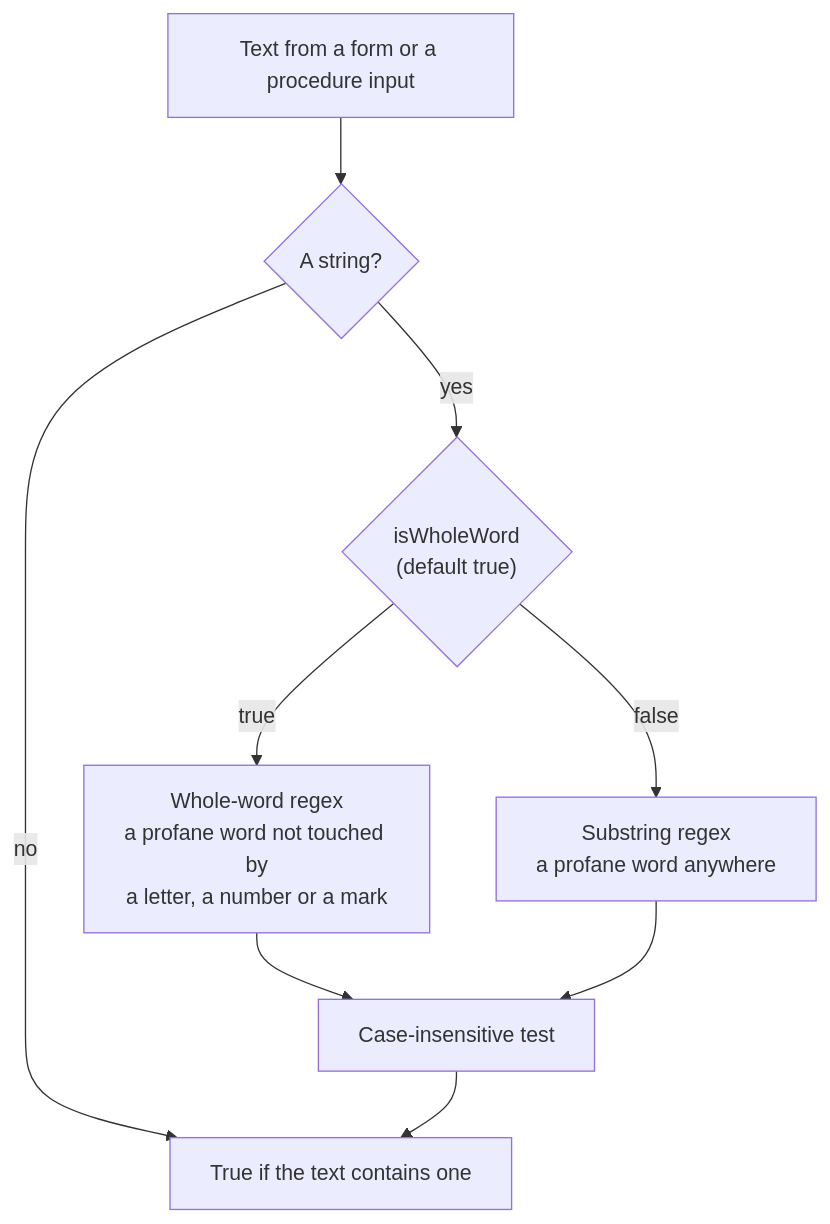
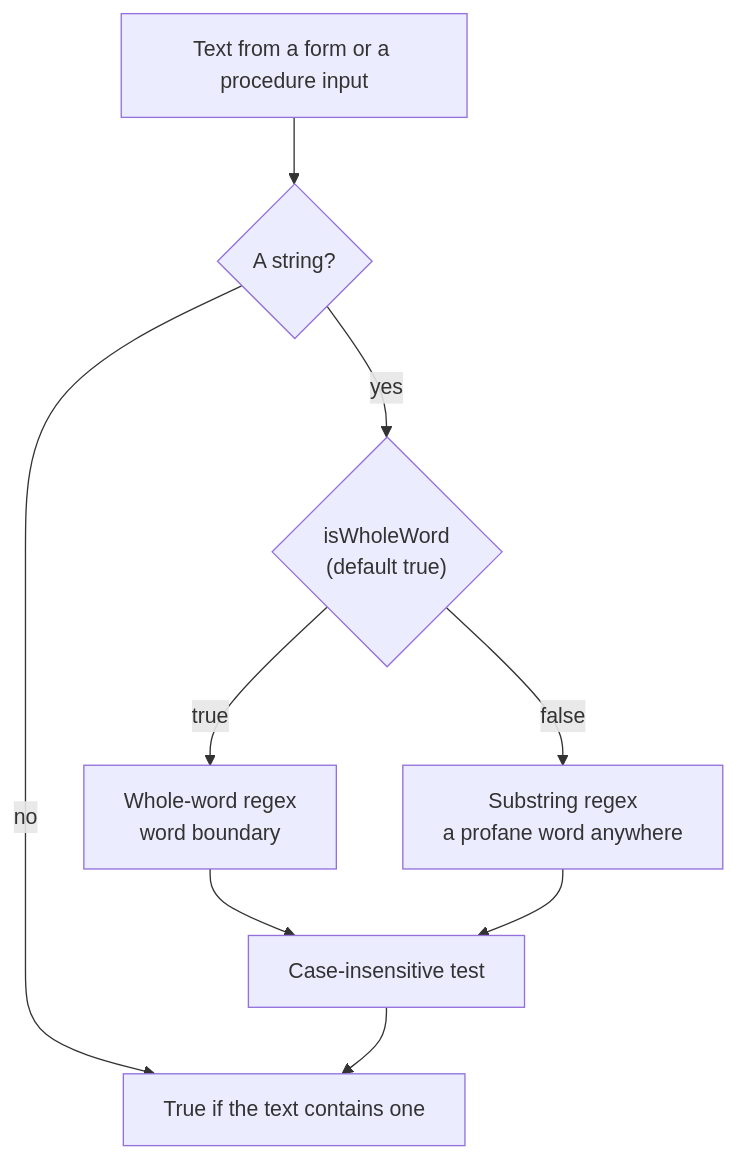
Before and after one commit to Esposter/Esposter: the diagram in openspec/specs/shared/profanity/design.md, drawn with Mermaid. The commit also changed other lines of this file and 8 other files, not shown here.

````diff
--- a/openspec/specs/shared/profanity/design.md
+++ b/openspec/specs/shared/profanity/design.md
@@ -7,18 +7,18 @@
 ```mermaid
 flowchart TD
   input["Text from a form or a procedure input"]
   isString{"A string?"}
   mode{"isWholeWord<br/>(default true)"}
-  whole["Whole-word regex<br/>a profane word not touched by<br/>a letter, a number or a mark"]
+  whole["Whole-word regex<br/>word boundary"]
   substring["Substring regex<br/>a profane word anywhere"]
   test["Case-insensitive test"]
   result["True if the text contains one"]
   input --> isString
   isString -->|no| result
   isString -->|yes| mode
   mode -->|true| whole
   mode -->|false| substring
   whole --> test
   substring --> test
   test --> result
 ```
````
